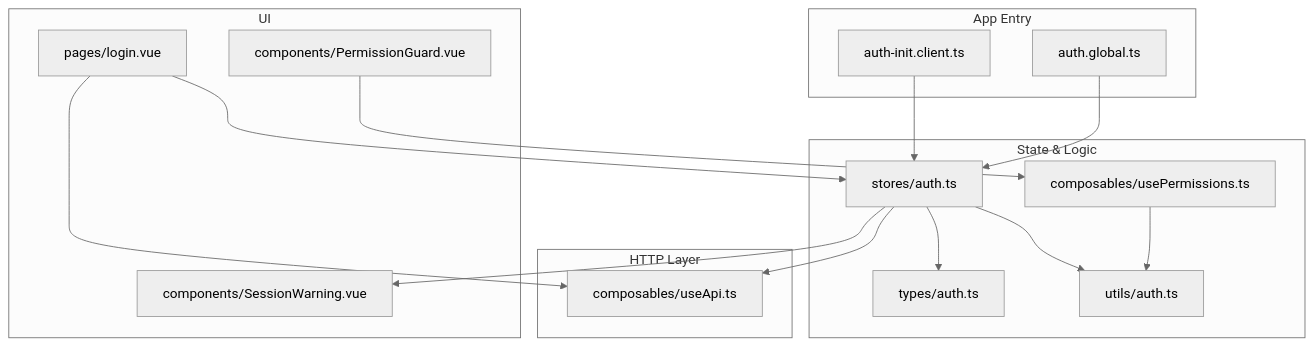
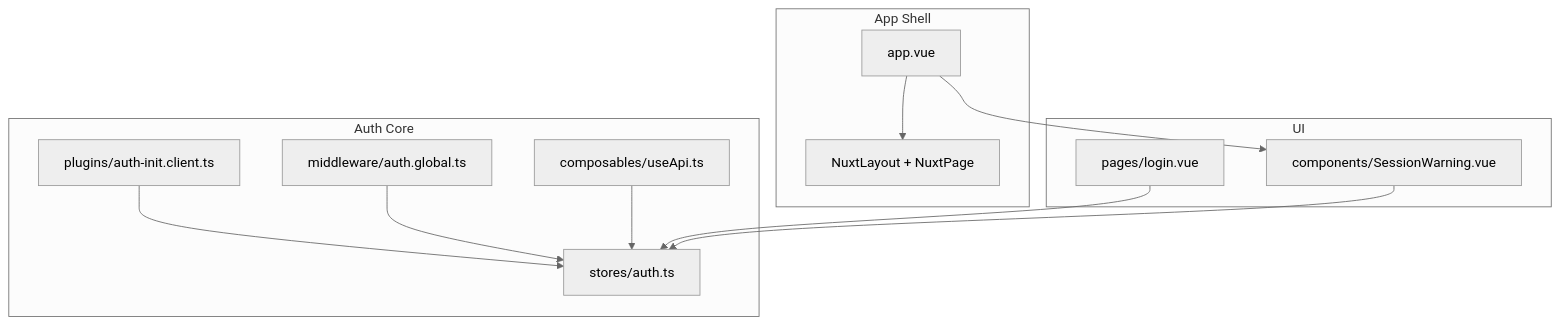
The first of 5 diagrams in .qoder/repowiki/en/content/Authentication & Authorization/Session Management.md (Lazynerd-Studios/lacarte-atlas-console), drawn with Mermaid (neutral theme) before and after one commit. The commit also changed other lines of this file and 139 other files, not shown here.

````diff
--- a/.qoder/repowiki/en/content/Authentication & Authorization/Session Management.md
+++ b/.qoder/repowiki/en/content/Authentication & Authorization/Session Management.md
@@ -41,31 +47,24 @@
 ```mermaid
 graph TB
-subgraph "App Entry"
-Plugin["auth-init.client.ts"]
-MW["auth.global.ts"]
+subgraph "App Shell"
+AppVue["app.vue"]
+Layout["NuxtLayout + NuxtPage"]
 end
-subgraph "State & Logic"
-Store["stores/auth.ts"]
-Types["types/auth.ts"]
-Utils["utils/auth.ts"]
-Perm["composables/usePermissions.ts"]
-end
-subgraph "HTTP Layer"
-Api["composables/useApi.ts"]
+subgraph "Auth Core"
+AuthStore["stores/auth.ts"]
+AuthInit["plugins/auth-init.client.ts"]
+AuthMW["middleware/auth.global.ts"]
+UseApi["composables/useApi.ts"]
 end
 subgraph "UI"
-Warn["components/SessionWarning.vue"]
-Guard["components/PermissionGuard.vue"]
+SessionWarn["components/SessionWarning.vue"]
 Login["pages/login.vue"]
 end
-Plugin --> Store
-MW --> Store
-Store --> Api
-Store --> Types
-Store --> Utils
-Perm --> Utils
-Guard --> Perm
-Login --> Api
-Login --> Store
-Store --> Warn
+AppVue --> SessionWarn
+AppVue --> Layout
+AuthInit --> AuthStore
+AuthMW --> AuthStore
+UseApi --> AuthStore
+Login --> AuthStore
+SessionWarn --> AuthStore
 ```
````
